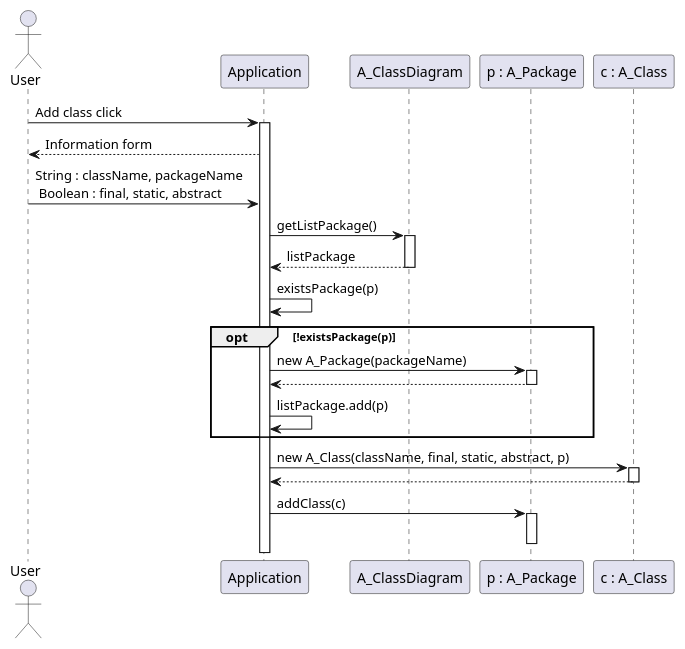
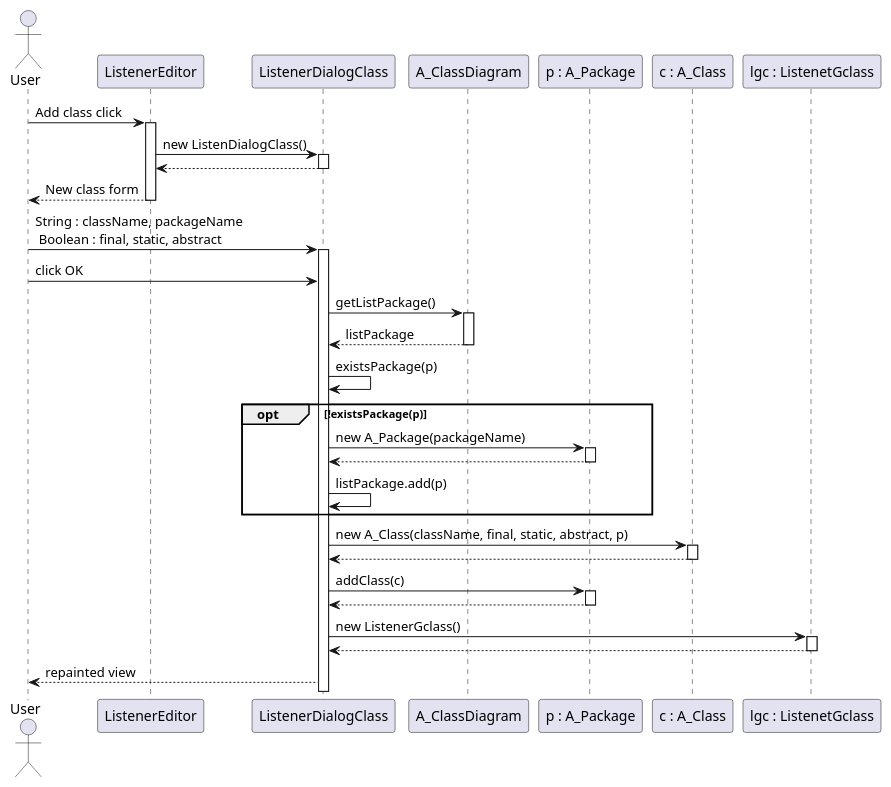
Before and after one commit to Phalexei/Modeleur: the diagram in src/com/github/tomap/uml/conception/sequenceDiagrams/addClass.puml, drawn with PlantUML. The commit also changed 1 other file, not shown here.

Commit message:
Diagrammes de séquences de conception

```diff
--- a/src/com/github/tomap/uml/conception/sequenceDiagrams/addClass.puml
+++ b/src/com/github/tomap/uml/conception/sequenceDiagrams/addClass.puml
@@ -1,41 +1,55 @@
 @startuml
 
     actor User as u
-    participant Application as a
+    participant ListenerEditor as le
+    participant ListenerDialogClass as ldc
     participant A_ClassDiagram as Cd
     participant "p : A_Package" as p
     participant "c : A_Class" as c
+    participant "lgc : ListenetGclass" as lgc
         
-	u -> a: Add class click
-	activate a
+	u -> le: Add class click
+	activate le
+        le -> ldc: new ListenDialogClass()
+        activate ldc
+        ldc --> le
+        deactivate ldc
+        le --> u: New class form 
+        deactivate le
 
-        a --> u: Information form
-        u -> a: String : className, packageName\n Boolean : final, static, abstract
-
-	a -> Cd: getListPackage()
+        u -> ldc: String : className, packageName\n Boolean : final, static, abstract
+        activate ldc
+        u -> ldc: click OK
+	ldc -> Cd: getListPackage()
         activate Cd
-	Cd --> a: listPackage
+	Cd --> ldc: listPackage
         deactivate Cd
 
-        a -> a: existsPackage(p)
+        ldc -> ldc: existsPackage(p)
 
 	opt !existsPackage(p)
-            a -> p: new A_Package(packageName)
+            ldc -> p: new A_Package(packageName)
             activate p
-            p --> a
+            p --> ldc
             deactivate p
 
-            a -> a: listPackage.add(p)
+            ldc -> ldc: listPackage.add(p)
 	end
         
-	a -> c: new A_Class(className, final, static, abstract, p)
+	ldc -> c: new A_Class(className, final, static, abstract, p)
         activate c
-        c --> a
+        c --> ldc
 	deactivate c
 
-        a -> p: addClass(c)
+        ldc -> p: addClass(c)
         activate p
+        p --> ldc
         deactivate p
+        
+        ldc -> lgc: new ListenerGclass()
+        activate lgc
+        lgc --> ldc
+        deactivate lgc
 
-
+        ldc --> u: repainted view
 @enduml
```
